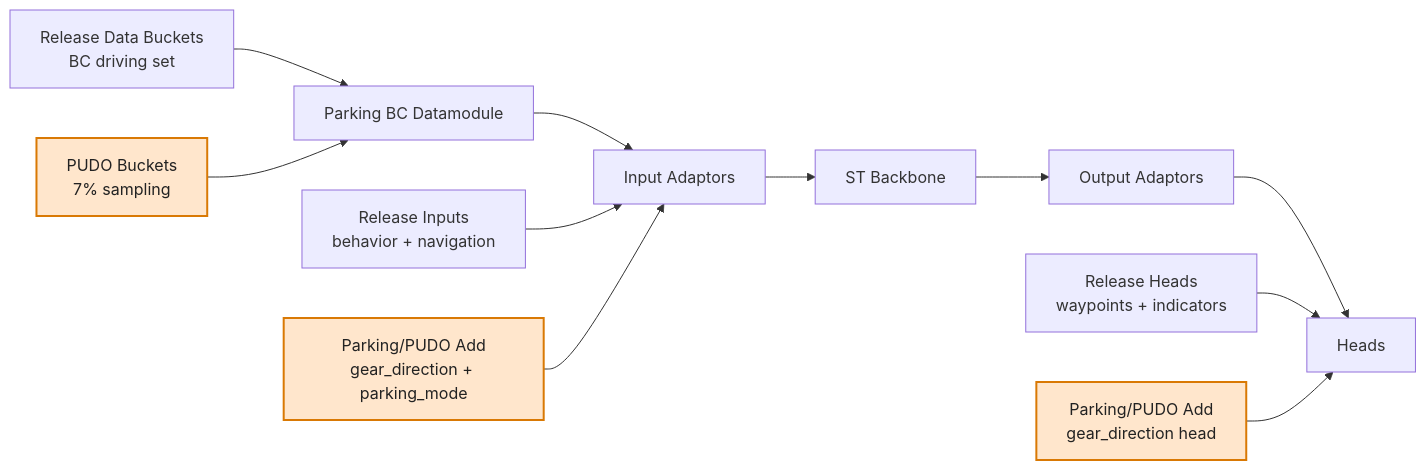
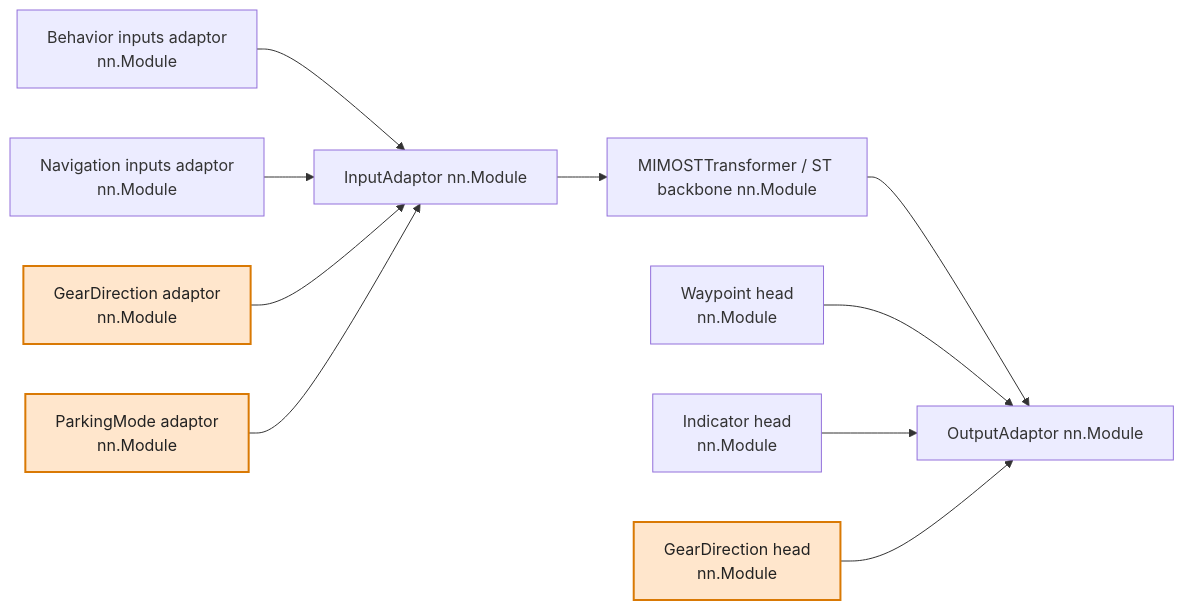
One commit to borisindelman-oss/vault changed the diagram in newsletters/newsletter_pudo-update-current-driving-release.md. Above: the diagram before and after it, drawn with Mermaid. The commit also changed other lines of this file, not shown here.

Commit message:
git sync 2026-02-12T13:41:04Z

````diff
--- a/newsletters/newsletter_pudo-update-current-driving-release.md
+++ b/newsletters/newsletter_pudo-update-current-driving-release.md
@@ -23,19 +23,17 @@
 ```mermaid
 flowchart LR
-    A[Release Data Buckets<br/>BC driving set] --> B[Parking BC Datamodule]
-    A2[PUDO Buckets<br/>7% sampling] --> B
+    A[InputAdaptor nn.Module] --> B[MIMOSTTransformer / ST backbone nn.Module]
+    B --> C[OutputAdaptor nn.Module]
 
-    B --> C[Input Adaptors]
-    C --> D[ST Backbone]
-    D --> E[Output Adaptors]
-    E --> F[Heads]
+    A1[Behavior inputs adaptor<br/>nn.Module] --> A
+    A2[Navigation inputs adaptor<br/>nn.Module] --> A
+    A3[GearDirection adaptor<br/>nn.Module] --> A
+    A4[ParkingMode adaptor<br/>nn.Module] --> A
 
-    C1[Release Inputs<br/>behavior + navigation] --> C
-    C2[Parking/PUDO Add<br/>gear_direction + parking_mode] --> C
-
-    F1[Release Heads<br/>waypoints + indicators] --> F
-    F2[Parking/PUDO Add<br/>gear_direction head] --> F
+    C1[Waypoint head<br/>nn.Module] --> C
+    C2[Indicator head<br/>nn.Module] --> C
+    C3[GearDirection head<br/>nn.Module] --> C
 
     classDef add fill:#ffe6cc,stroke:#d97904,color:#222,stroke-width:2px;
-    class A2,C2,F2 add;
+    class A3,A4,C3 add;
 ```
````
